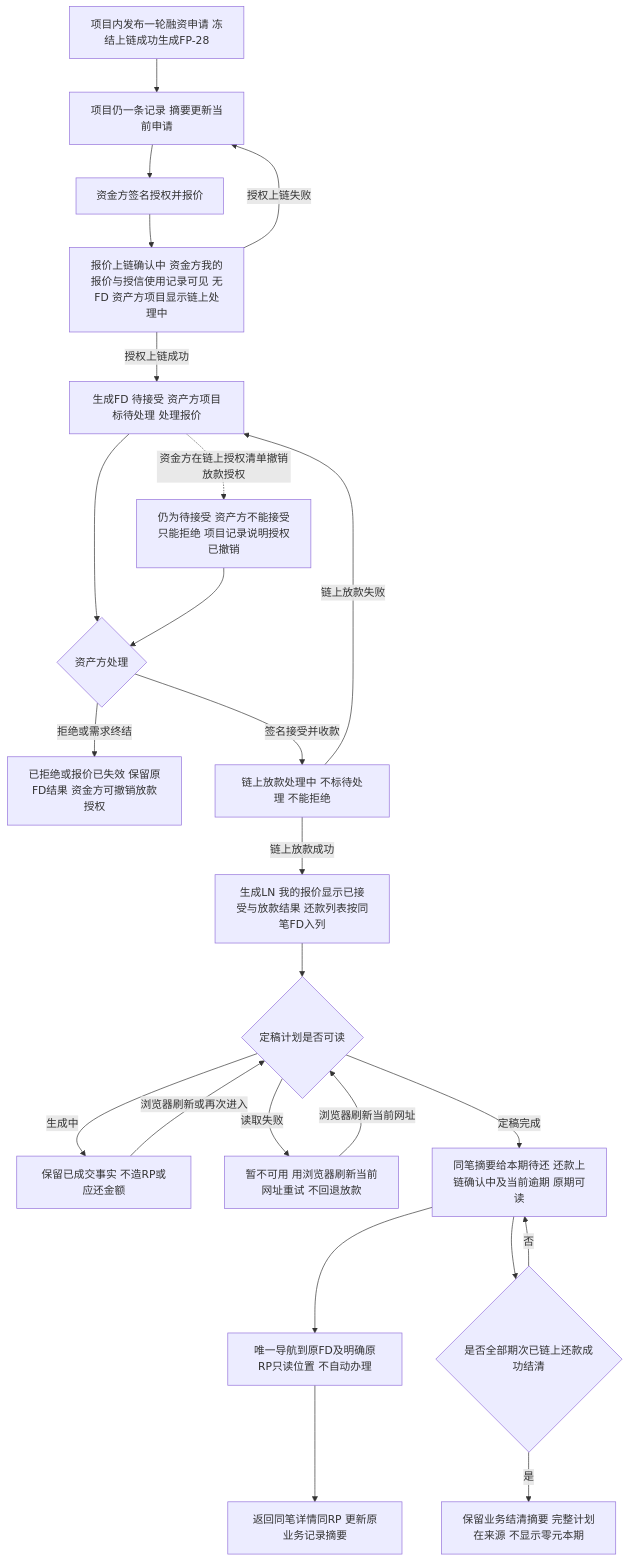
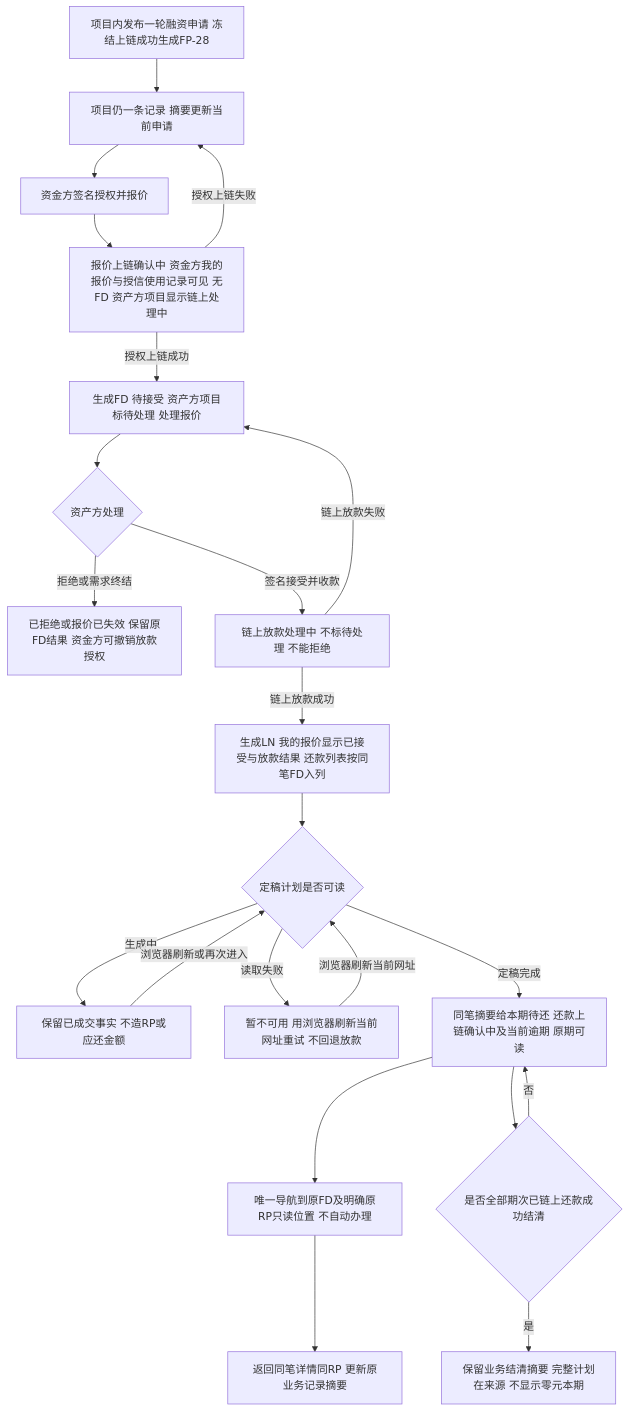
One commit to wxblockchain/Chain-Financing changed the tenth of 15 diagrams in lending-platform/PRD/面客端/09-我的控制台/02-我的控制台-流程图与状态机.md. Above: the diagram before and after it, drawn with Mermaid. The commit also changed other lines of this file and 4 other files, not shown here.

````diff
--- a/lending-platform/PRD/面客端/09-我的控制台/02-我的控制台-流程图与状态机.md
+++ b/lending-platform/PRD/面客端/09-我的控制台/02-我的控制台-流程图与状态机.md
@@ -285,26 +285,24 @@
 ```mermaid
 flowchart TD
   A[项目内发布一轮融资申请 冻结上链成功生成FP-28] --> B[项目仍一条记录 摘要更新当前申请]
   B --> C[资金方签名授权并报价]
   C --> C1[报价上链确认中 资金方我的报价与授信使用记录可见 无FD 资产方项目显示链上处理中]
   C1 -- 授权上链失败 --> B
   C1 -- 授权上链成功 --> D[生成FD 待接受 资产方项目标待处理 处理报价]
   D --> E{资产方处理}
-  D -. 资金方在链上授权清单撤销放款授权 .-> D2[仍为待接受 资产方不能接受只能拒绝 项目记录说明授权已撤销]
-  D2 --> E
   E -- 拒绝或需求终结 --> F[已拒绝或报价已失效 保留原FD结果 资金方可撤销放款授权]
   E -- 签名接受并收款 --> G[链上放款处理中 不标待处理 不能拒绝]
   G -- 链上放款失败 --> D
   G -- 链上放款成功 --> H[生成LN 我的报价显示已接受与放款结果 还款列表按同笔FD入列]
   H --> L{定稿计划是否可读}
   L -- 生成中 --> M[保留已成交事实 不造RP或应还金额]
   M -- 浏览器刷新或再次进入 --> L
   L -- 读取失败 --> N[暂不可用 用浏览器刷新当前网址重试 不回退放款]
   N -- 浏览器刷新当前网址 --> L
   L -- 定稿完成 --> O[同笔摘要给本期待还 还款上链确认中及当前逾期 原期可读]
   O --> Q[唯一导航到原FD及明确原RP只读位置 不自动办理]
   Q --> R[返回同笔详情同RP 更新原业务记录摘要]
   O --> S{是否全部期次已链上还款成功结清}
   S -- 是 --> T[保留业务结清摘要 完整计划在来源 不显示零元本期]
   S -- 否 --> O
 ```
````
